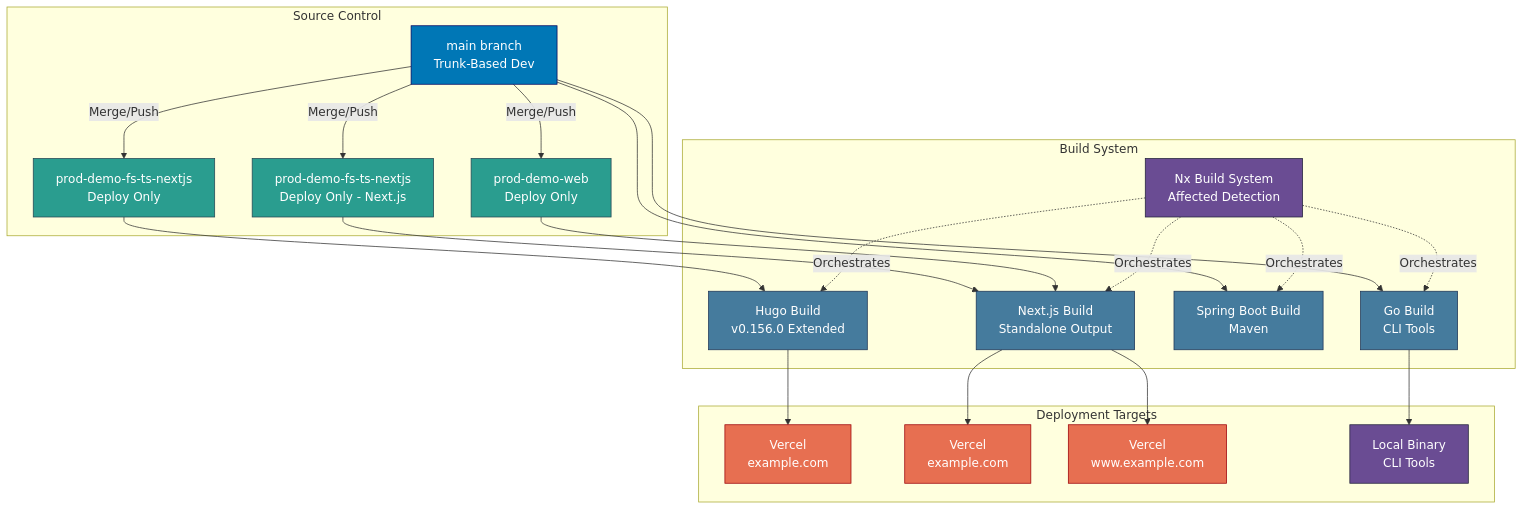
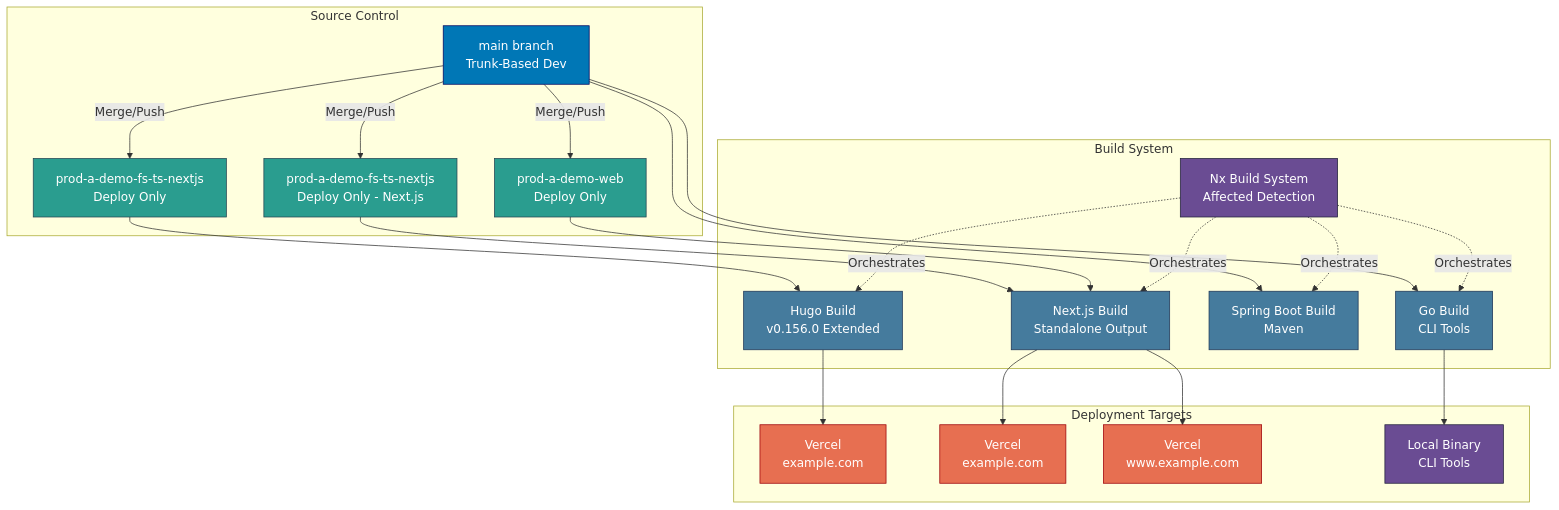
The diagram in docs/reference/system-architecture/deployment.md (wahidyankf/ose-primer), drawn with Mermaid before and after one commit. The commit also changed other lines of this file and 397 other files, not shown here.

````diff
--- a/docs/reference/system-architecture/deployment.md
+++ b/docs/reference/system-architecture/deployment.md
@@ -19,58 +19,58 @@
 ```mermaid
 graph TB
     subgraph "Source Control"
         MAIN[main branch<br/>Trunk-Based Dev]
-        PROD_OSE[prod-demo-fs-ts-nextjs<br/>Deploy Only]
-        PROD_AYO[prod-demo-fs-ts-nextjs<br/>Deploy Only - Next.js]
-        PROD_OL[prod-demo-web<br/>Deploy Only]
+        PROD_OSE[prod-a-demo-fs-ts-nextjs<br/>Deploy Only]
+        PROD_AYO[prod-a-demo-fs-ts-nextjs<br/>Deploy Only - Next.js]
+        PROD_OL[prod-a-demo-web<br/>Deploy Only]
     end
 
     subgraph "Build System"
         NX_BUILD[Nx Build System<br/>Affected Detection]
         HUGO_BUILD[Hugo Build<br/>v0.156.0 Extended]
         NEXT_BUILD[Next.js Build<br/>Standalone Output]
         SPRING_BUILD[Spring Boot Build<br/>Maven]
         GO_BUILD[Go Build<br/>CLI Tools]
     end
 
     subgraph "Deployment Targets"
         VERCEL_OSE[Vercel<br/>example.com]
         VERCEL_AYO[Vercel<br/>example.com]
         VERCEL_OL[Vercel<br/>www.example.com]
         LOCAL[Local Binary<br/>CLI Tools]
     end
 
     MAIN -->|Merge/Push| PROD_OSE
     MAIN -->|Merge/Push| PROD_AYO
     MAIN -->|Merge/Push| PROD_OL
 
     PROD_OSE --> HUGO_BUILD
     PROD_AYO --> NEXT_BUILD
     PROD_OL --> NEXT_BUILD
     MAIN --> GO_BUILD
     MAIN --> SPRING_BUILD
 
     HUGO_BUILD --> VERCEL_OSE
     NEXT_BUILD --> VERCEL_AYO
     NEXT_BUILD --> VERCEL_OL
     GO_BUILD --> LOCAL
 
     NX_BUILD -.->|Orchestrates| HUGO_BUILD
     NX_BUILD -.->|Orchestrates| NEXT_BUILD
     NX_BUILD -.->|Orchestrates| SPRING_BUILD
     NX_BUILD -.->|Orchestrates| GO_BUILD
 
     style MAIN fill:#0077b6,stroke:#03045e,color:#ffffff
     style PROD_OSE fill:#2a9d8f,stroke:#264653,color:#ffffff
     style PROD_AYO fill:#2a9d8f,stroke:#264653,color:#ffffff
     style PROD_OL fill:#2a9d8f,stroke:#264653,color:#ffffff
     style NX_BUILD fill:#6a4c93,stroke:#22223b,color:#ffffff
     style HUGO_BUILD fill:#457b9d,stroke:#1d3557,color:#ffffff
     style NEXT_BUILD fill:#457b9d,stroke:#1d3557,color:#ffffff
     style SPRING_BUILD fill:#457b9d,stroke:#1d3557,color:#ffffff
     style GO_BUILD fill:#457b9d,stroke:#1d3557,color:#ffffff
     style VERCEL_OSE fill:#e76f51,stroke:#9d0208,color:#ffffff
     style VERCEL_AYO fill:#e76f51,stroke:#9d0208,color:#ffffff
     style VERCEL_OL fill:#e76f51,stroke:#9d0208,color:#ffffff
     style LOCAL fill:#6a4c93,stroke:#22223b,color:#ffffff
 ```
````
